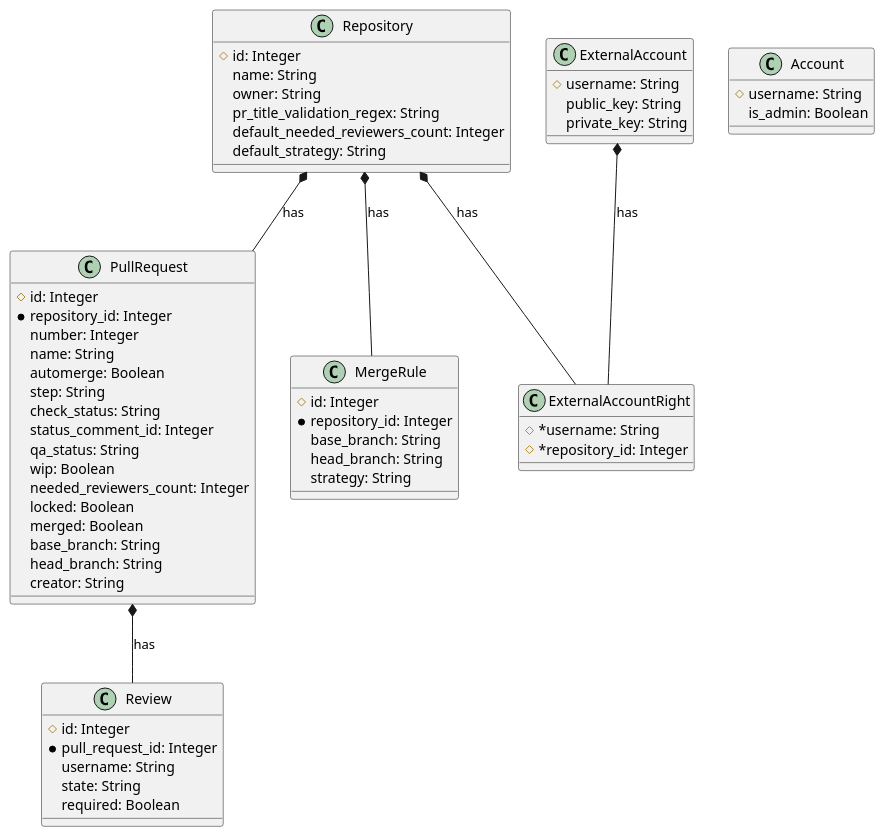
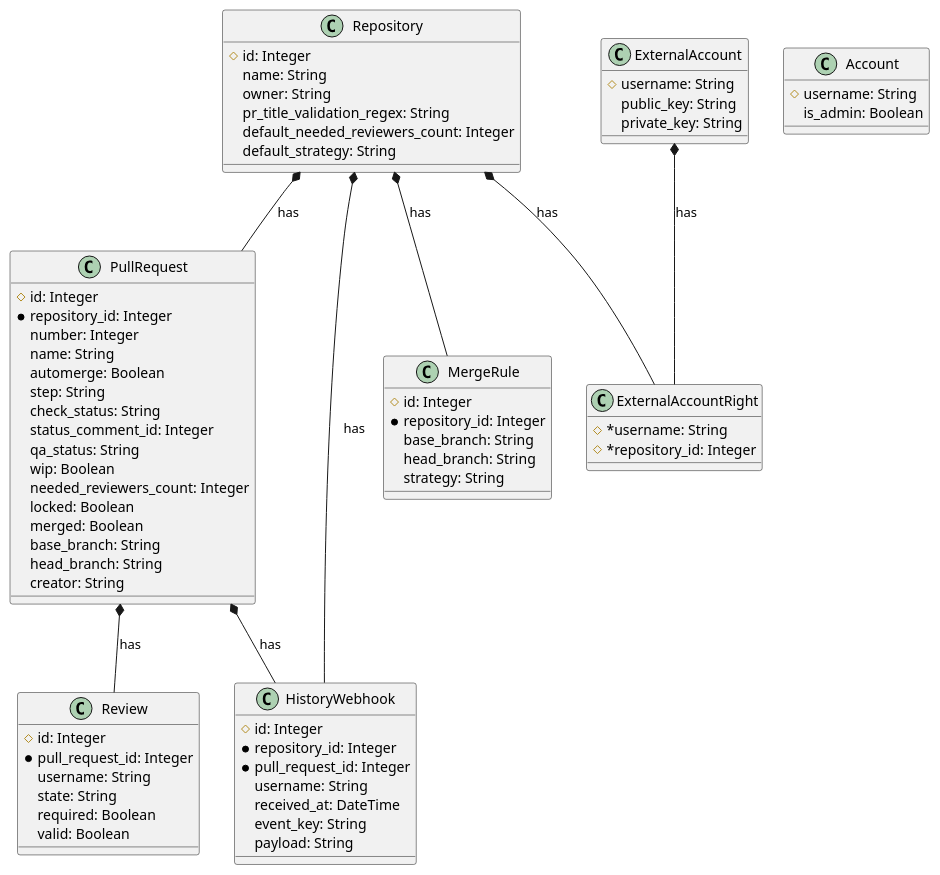
One commit to sharingcloud/github-scbot changed the diagram in docs/schema.plantuml. Above: the diagram before and after it, drawn with PlantUML. The commit also changed 34 other files, not shown here.

```diff
--- a/docs/schema.plantuml
+++ b/docs/schema.plantuml
@@ -1,63 +1,76 @@
 @startuml Schema
 class Repository {
     #id: Integer
     name: String
     owner: String
     pr_title_validation_regex: String
     default_needed_reviewers_count: Integer
     default_strategy: String
 }
 class PullRequest {
     #id: Integer
     *repository_id: Integer
     number: Integer
     name: String
     automerge: Boolean
     step: String
     check_status: String
     status_comment_id: Integer
     qa_status: String
     wip: Boolean
     needed_reviewers_count: Integer
     locked: Boolean
     merged: Boolean
     base_branch: String
     head_branch: String
     creator: String
 }
 class Review {
     #id: Integer
     *pull_request_id: Integer
     username: String
     state: String
     required: Boolean
+    valid: Boolean
 }
 class MergeRule {
     #id: Integer
     *repository_id: Integer
     base_branch: String
     head_branch: String
     strategy: String
 }
 
 class ExternalAccount {
     #username: String
     public_key: String
     private_key: String
 }
 class ExternalAccountRight {
     #*username: String
     #*repository_id: Integer
 }
 
 class Account {
     #username: String
     is_admin: Boolean
 }
 
+class HistoryWebhook {
+    #id: Integer
+    *repository_id: Integer
+    *pull_request_id: Integer
+    username: String
+    received_at: DateTime
+    event_key: String
+    payload: String
+}
+
 Repository *-- PullRequest : has
 Repository *-- MergeRule : has
 PullRequest *-- Review : has
 ExternalAccount *-- ExternalAccountRight : has
 Repository *-- ExternalAccountRight : has
+Repository *-- HistoryWebhook : has
+PullRequest *-- HistoryWebhook : has
 @enduml
```
